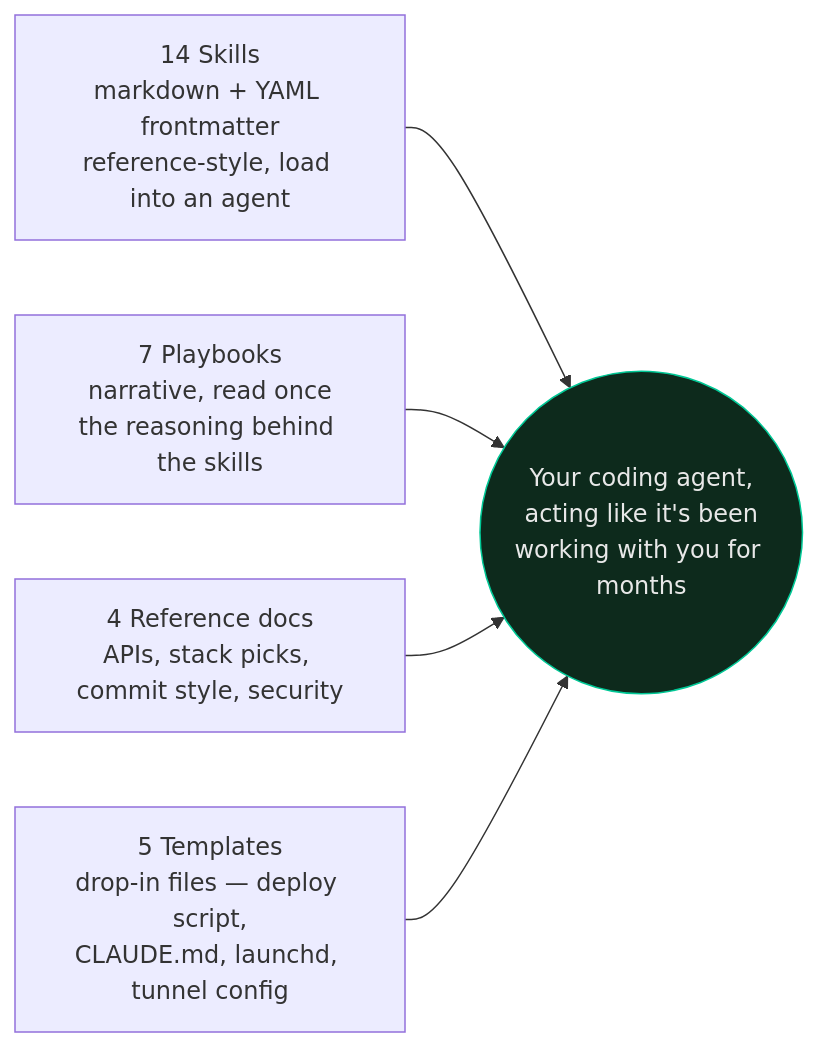
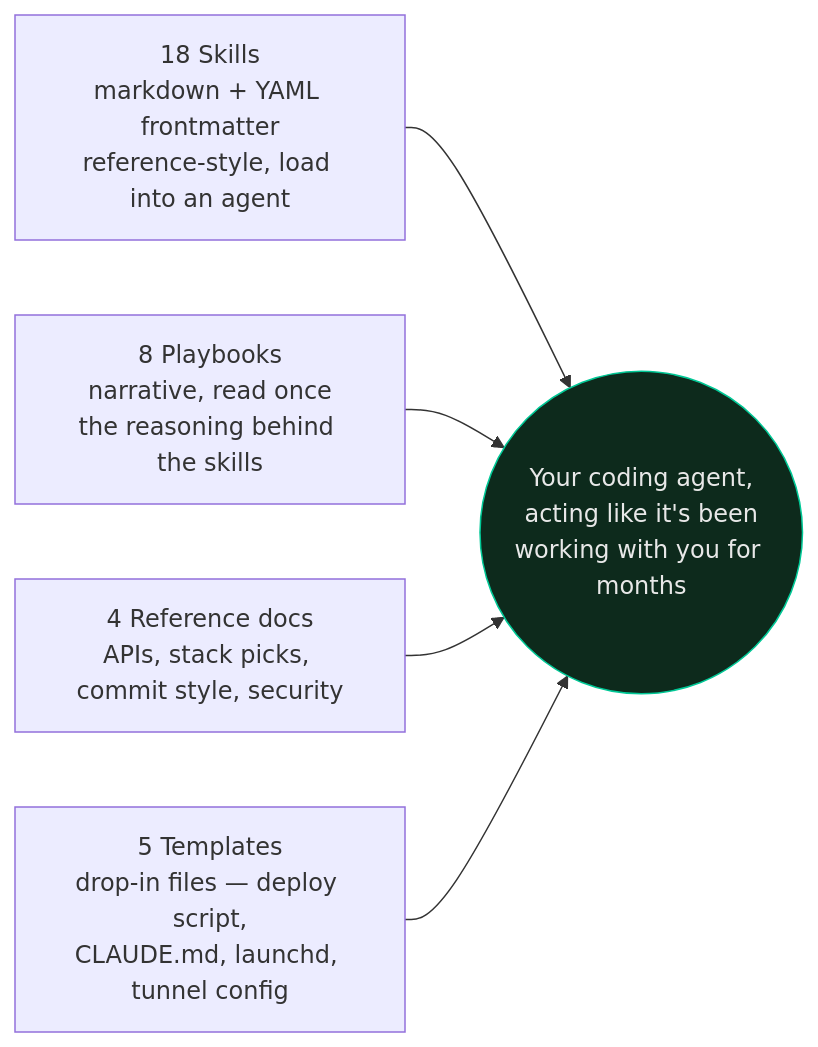
Before and after one commit to Nonarkara/dr-non-vibecoding-skills: the first of 3 diagrams in README.md, drawn with Mermaid. The commit also changed other lines of this file and 5 other files, not shown here.

````diff
--- a/README.md
+++ b/README.md
@@ -47,14 +49,14 @@
 ```mermaid
 flowchart LR
-    S["14 Skills\nmarkdown + YAML frontmatter\nreference-style, load into an agent"]
-    P["7 Playbooks\nnarrative, read once\nthe reasoning behind the skills"]
+    S["18 Skills\nmarkdown + YAML frontmatter\nreference-style, load into an agent"]
+    P["8 Playbooks\nnarrative, read once\nthe reasoning behind the skills"]
     R["4 Reference docs\nAPIs, stack picks, commit style, security"]
     T["5 Templates\ndrop-in files — deploy script,\nCLAUDE.md, launchd, tunnel config"]
 
     S --> Agent(("Your coding agent,\nacting like it's been\nworking with you for months"))
     P --> Agent
     R --> Agent
     T --> Agent
 
     style Agent fill:#0d2a1c,stroke:#00c896,color:#e8e8e8
 ```
````
